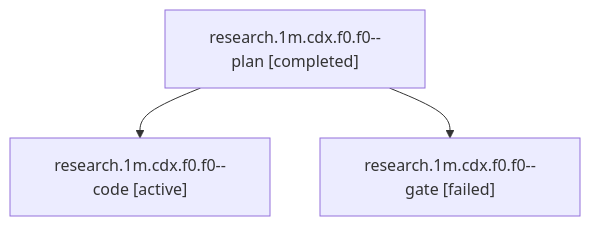
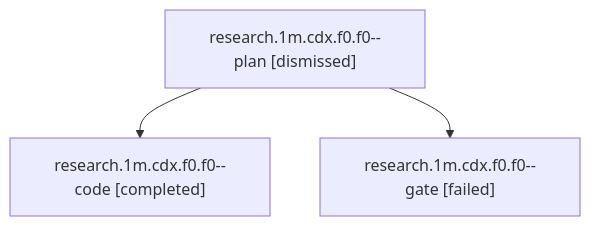
The diagram in families/bbugyi200.athena.research.1m.cdx.f0.f0.md (sase-org/sase--agents), drawn with Mermaid before and after one commit. The commit also changed other lines of this file and 112 other files, not shown here.

````diff
--- a/families/bbugyi200.athena.research.1m.cdx.f0.f0.md
+++ b/families/bbugyi200.athena.research.1m.cdx.f0.f0.md
@@ -9,8 +9,8 @@
 ```mermaid
 flowchart TD
-  n0["research.1m.cdx.f0.f0--plan [completed]"]
-  n1["research.1m.cdx.f0.f0--code [active]"]
+  n0["research.1m.cdx.f0.f0--plan [dismissed]"]
+  n1["research.1m.cdx.f0.f0--code [completed]"]
   n0 --> n1
   n2["research.1m.cdx.f0.f0--gate [failed]"]
   n0 --> n2
 ```
````
